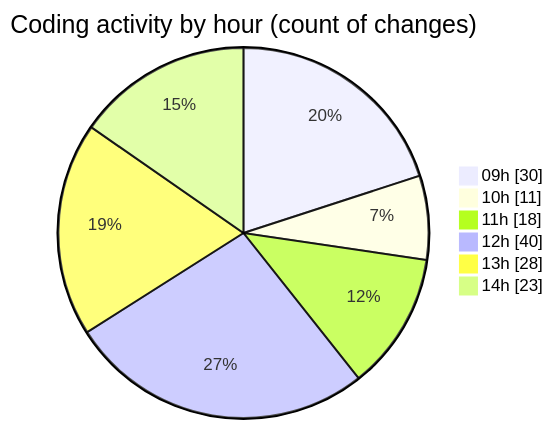
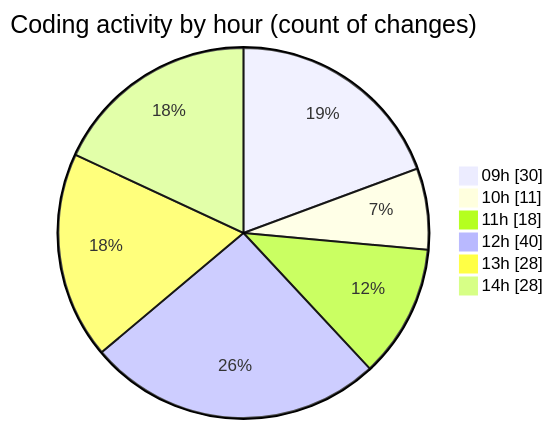
One commit to momahboobian/code-tracking changed the second of 2 diagrams in 2025-03-05/cda/README.md. Above: the diagram before and after it, drawn with Mermaid. The commit also changed other lines of this file and 1 other file, not shown here.

````diff
--- a/2025-03-05/cda/README.md
+++ b/2025-03-05/cda/README.md
@@ -59,10 +59,10 @@
 ```mermaid
 pie showData
 title Coding activity by hour (count of changes)
 "09h" : 30
 "10h" : 11
 "11h" : 18
 "12h" : 40
 "13h" : 28
-"14h" : 23
+"14h" : 28
 ```
````
